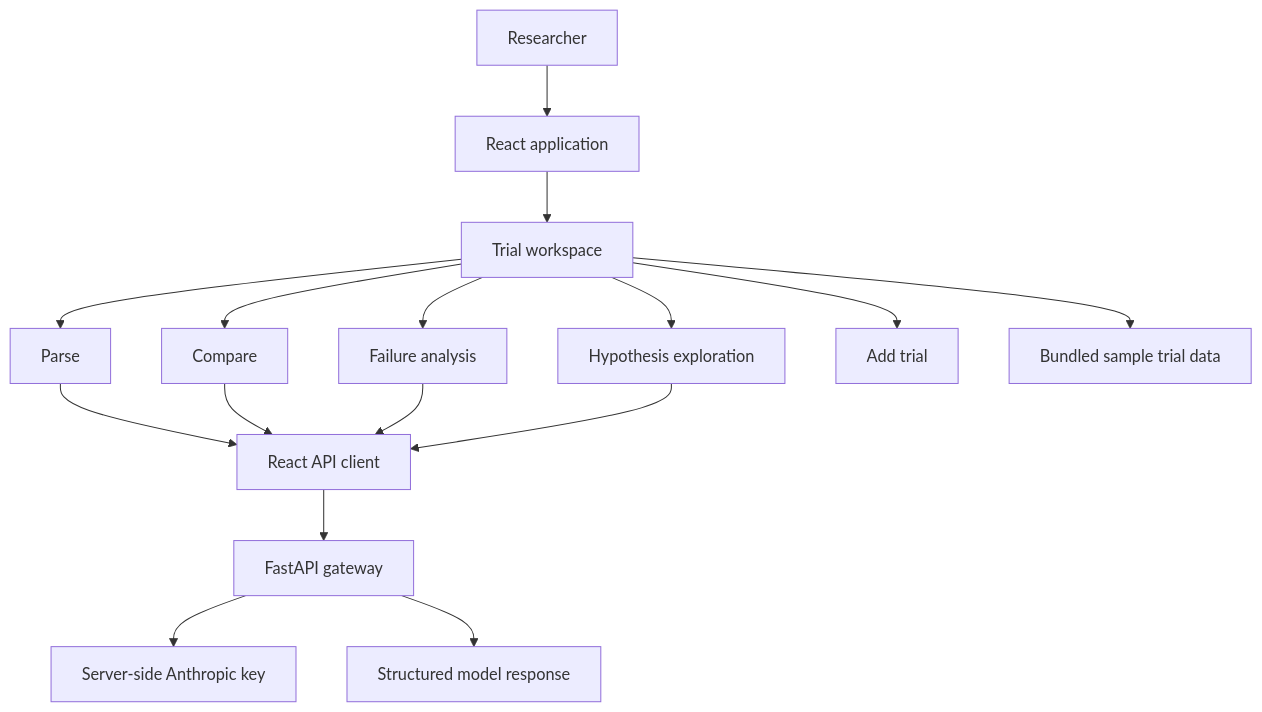
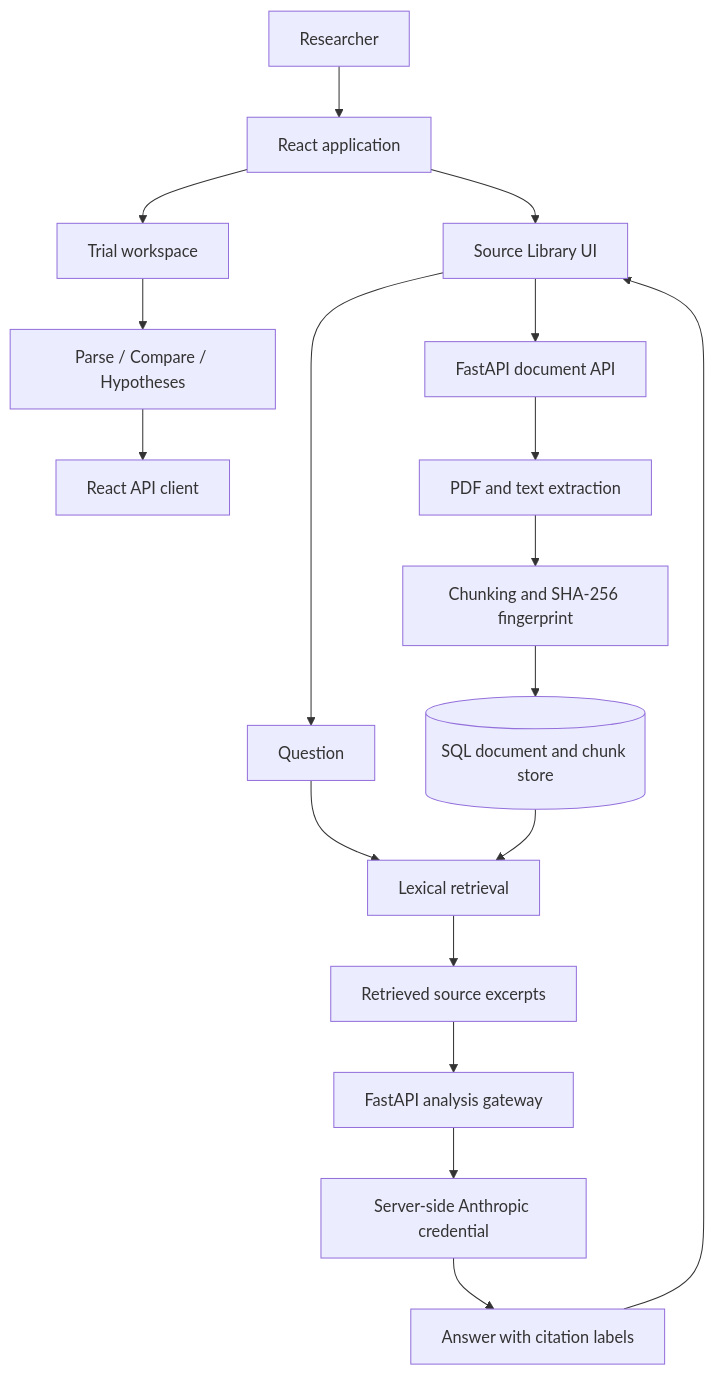
Before and after one commit to CHARITHA6969/neurotrial: the diagram in README.md, drawn with Mermaid. The commit also changed other lines of this file, not shown here.

Commit message:
Update Neurotrial architecture diagram and repository map for document retrieval

````diff
--- a/README.md
+++ b/README.md
@@ -31,18 +31,20 @@
 ```mermaid
 flowchart TD
     A[Researcher] --> B[React application]
     B --> C[Trial workspace]
-    C --> D[Parse]
-    C --> E[Compare]
-    C --> F[Failure analysis]
-    C --> G[Hypothesis exploration]
-    C --> H[Add trial]
-    C --> I[Bundled sample trial data]
-    D --> J[React API client]
-    E --> J
-    F --> J
-    G --> J
-    J --> L[FastAPI gateway]
-    L --> M[Server-side Anthropic key]
-    L --> K[Structured model response]
+    C --> D[Parse / Compare / Hypotheses]
+    D --> E[React API client]
+    B --> F[Source Library UI]
+    F --> G[FastAPI document API]
+    G --> H[PDF and text extraction]
+    H --> I[Chunking and SHA-256 fingerprint]
+    I --> J[(SQL document and chunk store)]
+    F --> K[Question]
+    K --> L[Lexical retrieval]
+    J --> L
+    L --> M[Retrieved source excerpts]
+    M --> N[FastAPI analysis gateway]
+    N --> O[Server-side Anthropic credential]
+    O --> P[Answer with citation labels]
+    P --> F
 ```
````
